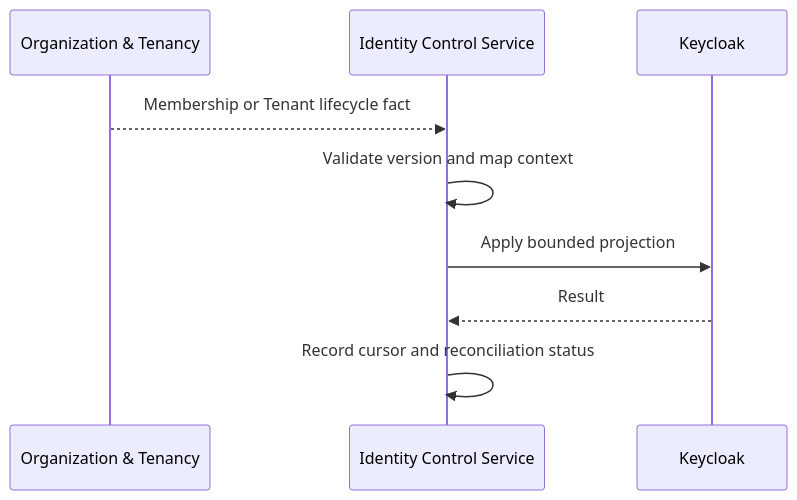
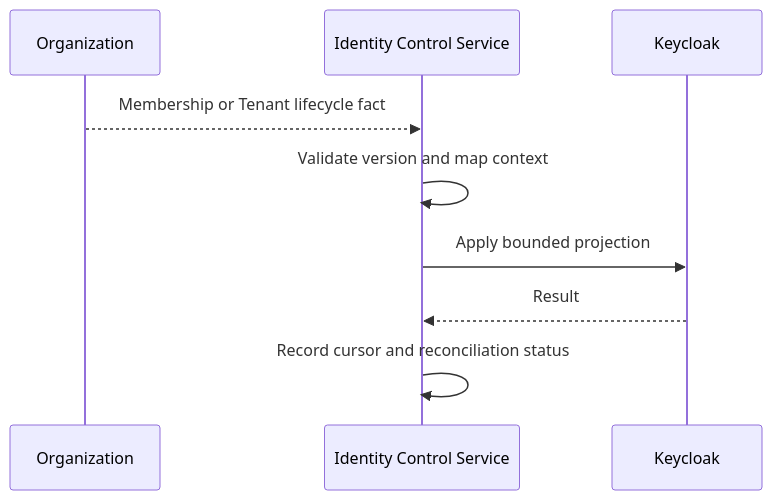
One commit to anshacerbia2/scnehaux-architecture changed the fifth of 6 diagrams in 04-system/scnehaux-iam/scnehaux-identity-runtime.sad.md. Above: the diagram before and after it, drawn with Mermaid. The commit also changed other lines of this file and 45 other files, not shown here.

Commit message:
Align identity and tenancy architecture baseline

````diff
--- a/04-system/scnehaux-iam/scnehaux-identity-runtime.sad.md
+++ b/04-system/scnehaux-iam/scnehaux-identity-runtime.sad.md
@@ -267,12 +280,12 @@
 ```mermaid
 sequenceDiagram
-    participant T as Organization & Tenancy
+    participant T as Organization
     participant S as Identity Control Service
     participant K as Keycloak
 
     T-->>S: Membership or Tenant lifecycle fact
     S->>S: Validate version and map context
     S->>K: Apply bounded projection
     K-->>S: Result
     S->>S: Record cursor and reconciliation status
 ```
````
